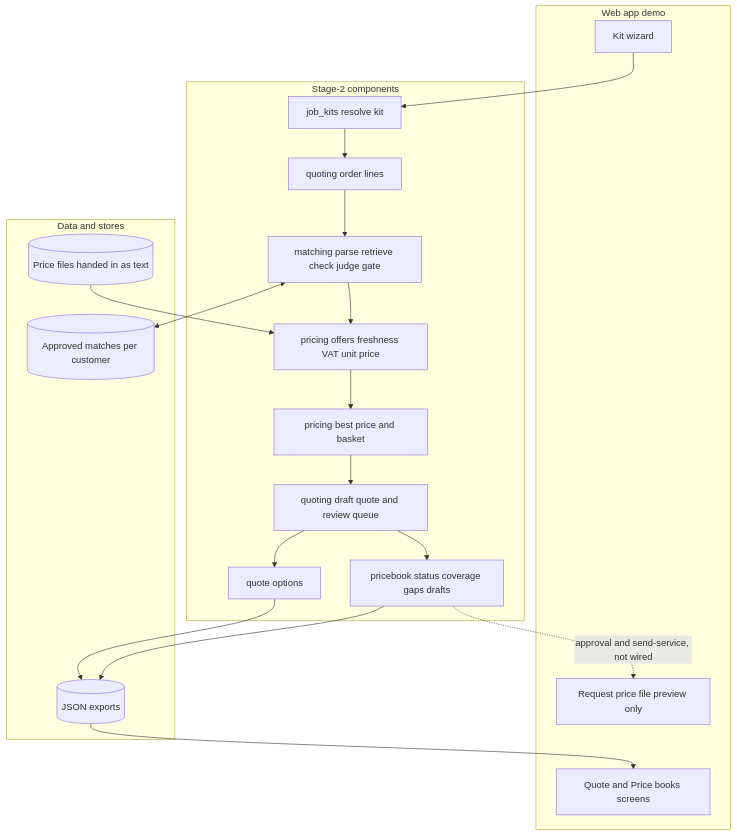
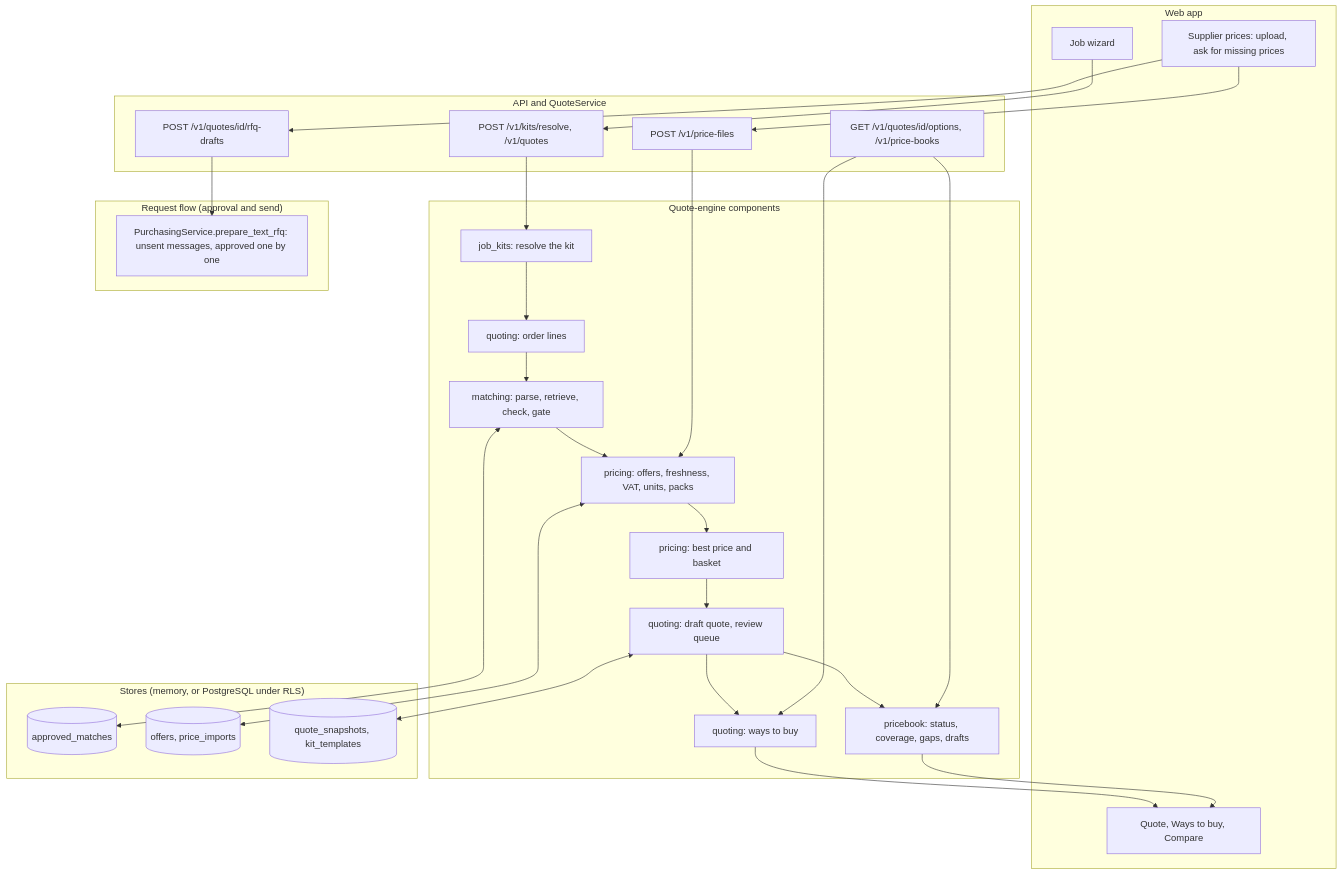
One commit to emre-akarsu/ai-commerce-ideas changed the second of 2 diagrams in docs/architecture/current-modules.md. Above: the diagram before and after it, drawn with Mermaid. The commit also changed other lines of this file and 42 other files, not shown here.

````diff
--- a/docs/architecture/current-modules.md
+++ b/docs/architecture/current-modules.md
@@ -80,33 +105,45 @@
 ```mermaid
 flowchart TB
-  subgraph Web[Web app demo]
-    w0[Kit wizard]
-    r8[Request price file preview only]
-    w10[Quote and Price books screens]
+  subgraph Web["Web app"]
+    w0["Job wizard"]
+    w1["Supplier prices: upload, ask for missing prices"]
+    w10["Quote, Ways to buy, Compare"]
   end
-  subgraph Comp[Stage-2 components]
-    k1[job_kits resolve kit]
-    q2[quoting order lines]
-    m3[matching parse retrieve check judge gate]
-    p4[pricing offers freshness VAT unit price]
-    p5[pricing best price and basket]
-    q6[quoting draft quote and review queue]
-    o7[quote options]
-    b8[pricebook status coverage gaps drafts]
+  subgraph API["API and QuoteService"]
+    a1["POST /v1/kits/resolve, /v1/quotes"]
+    a2["GET /v1/quotes/id/options, /v1/price-books"]
+    a3["POST /v1/price-files"]
+    a4["POST /v1/quotes/id/rfq-drafts"]
   end
-  subgraph Data[Data and stores]
-    d3[(Approved matches per customer)]
-    d4[(Price files handed in as text)]
-    x9[(JSON exports)]
+  subgraph Comp["Quote-engine components"]
+    k1["job_kits: resolve the kit"]
+    q2["quoting: order lines"]
+    m3["matching: parse, retrieve, check, gate"]
+    p4["pricing: offers, freshness, VAT, units, packs"]
+    p5["pricing: best price and basket"]
+    q6["quoting: draft quote, review queue"]
+    o7["quoting: ways to buy"]
+    b8["pricebook: status, coverage, gaps, drafts"]
   end
-  w0 --> k1 --> q2 --> m3
+  subgraph Data["Stores (memory, or PostgreSQL under RLS)"]
+    d3[("approved_matches")]
+    d4[("offers, price_imports")]
+    d5[("quote_snapshots, kit_templates")]
+  end
+  subgraph Flow["Request flow (approval and send)"]
+    r8["PurchasingService.prepare_text_rfq: unsent messages, approved one by one"]
+  end
+  w0 --> a1 --> k1 --> q2 --> m3
   m3 <--> d3
   m3 --> p4
-  d4 --> p4
+  w1 --> a3 --> p4
+  p4 <--> d4
   p4 --> p5 --> q6 --> o7
+  q6 <--> d5
   q6 --> b8
-  b8 -. approval and send-service, not wired .-> r8
-  o7 --> x9
-  b8 --> x9
-  x9 --> w10
+  a2 --> o7
+  a2 --> b8
+  o7 --> w10
+  b8 --> w10
+  w1 --> a4 --> r8
 ```
````
